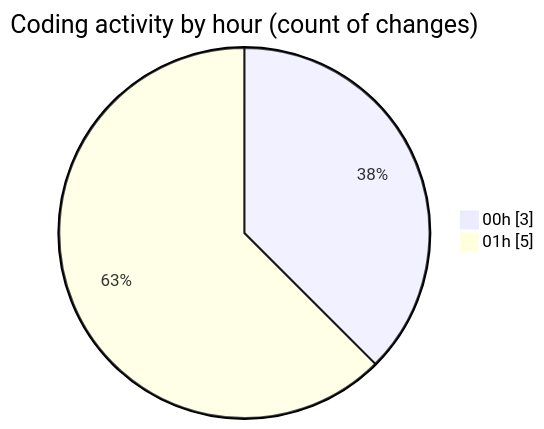
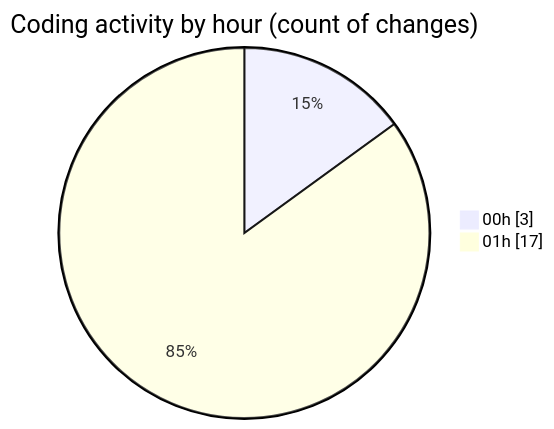
The second of 2 diagrams in 2025-10-02/oura-api/README.md (mevix1/code-tracking), drawn with Mermaid before and after one commit. The commit also changed other lines of this file and 1 other file, not shown here.

````diff
--- a/2025-10-02/oura-api/README.md
+++ b/2025-10-02/oura-api/README.md
@@ -37,6 +54,6 @@
 ```mermaid
 pie showData
 title Coding activity by hour (count of changes)
 "00h" : 3
-"01h" : 5
+"01h" : 17
 ```
````
